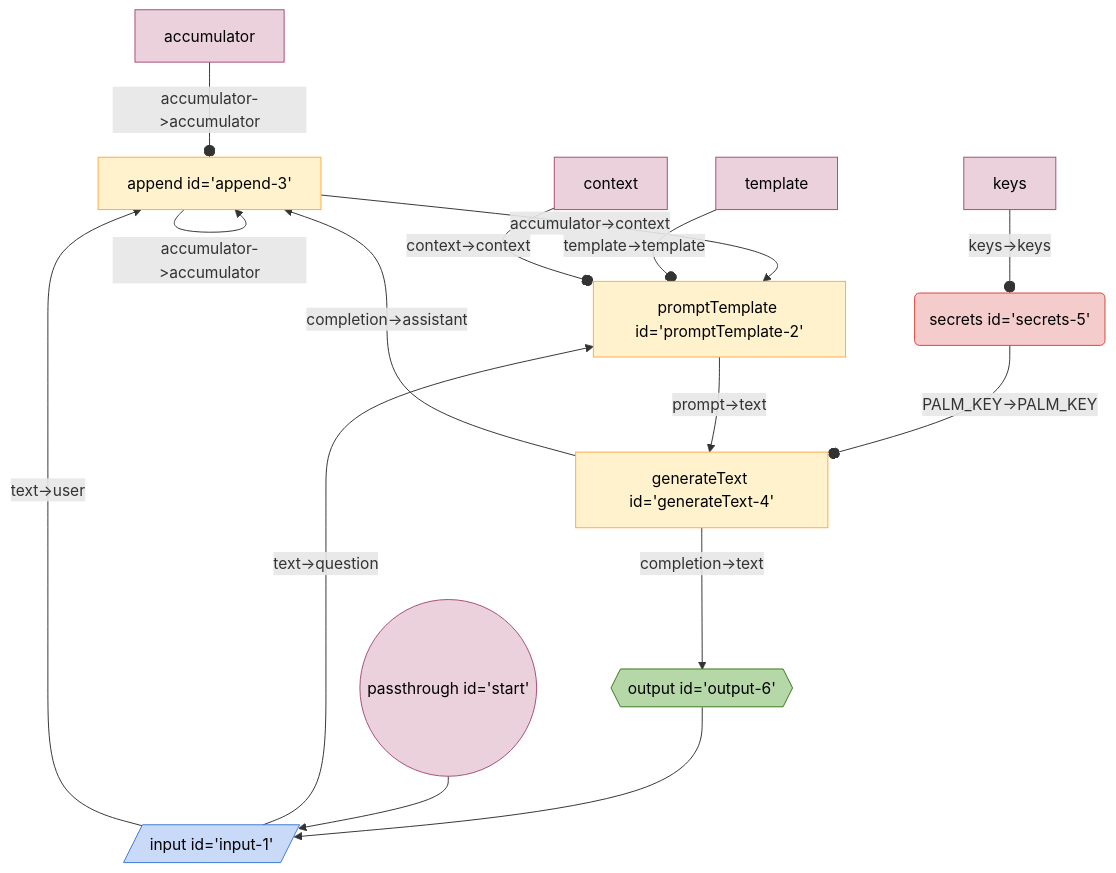
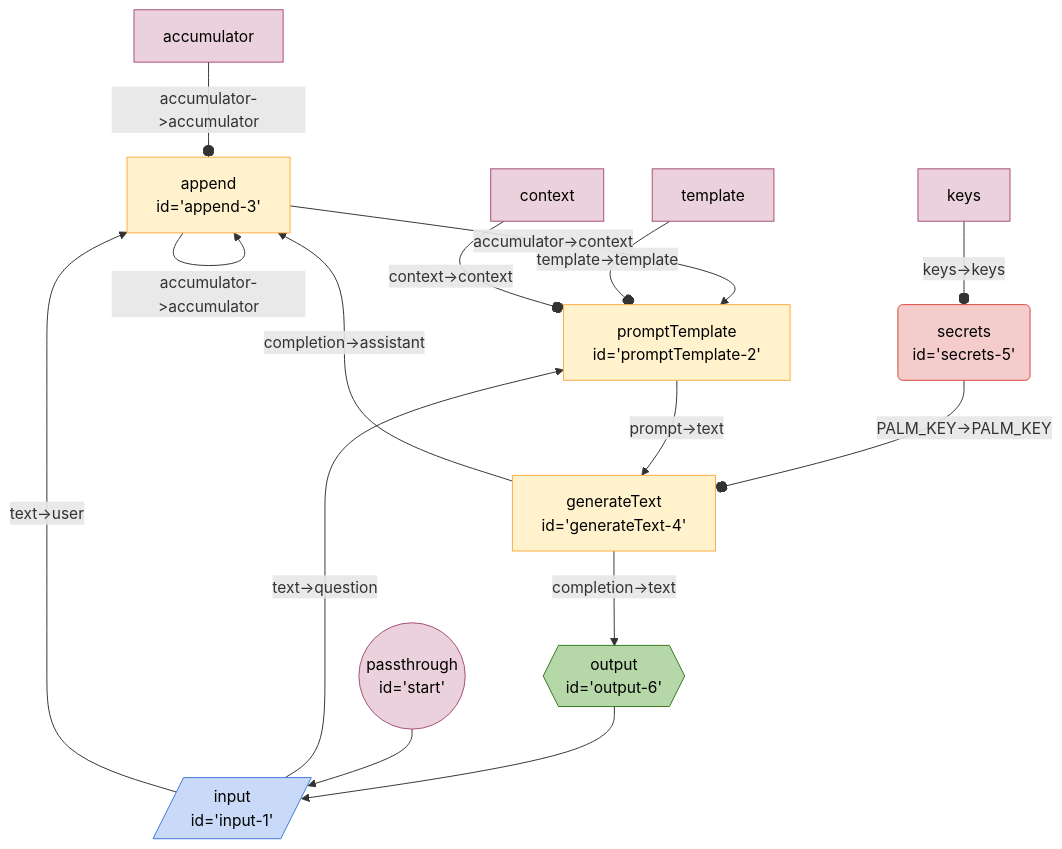
One commit to breadboard-ai/breadboard changed the diagram in seeds/graph-playground/docs/graphs/accumulating-context.md. Above: the diagram before and after it, drawn with Mermaid. The commit also changed 16 other files, not shown here.

First line of the commit message:
add line break back to mermaid diagrams

````diff
--- a/seeds/graph-playground/docs/graphs/accumulating-context.md
+++ b/seeds/graph-playground/docs/graphs/accumulating-context.md
@@ -5,26 +5,26 @@
   ```mermaid
   %%{init: 'themeVariables': { 'fontFamily': 'Fira Code, monospace' }}%%
 graph TD;
-append3["append id='append-3'"] -- "accumulator->accumulator" --> append3["append id='append-3'"]
-secrets5("secrets id='secrets-5'"):::secrets -- "PALM_KEY->PALM_KEY" --o generateText4["generateText id='generateText-4'"]
-append3["append id='append-3'"] -- "accumulator->context" --> promptTemplate2["promptTemplate id='promptTemplate-2'"]
-generateText4["generateText id='generateText-4'"] -- "completion->assistant" --> append3["append id='append-3'"]
-output6{{"output id='output-6'"}}:::output --> input1[/"input id='input-1'"/]:::input
-generateText4["generateText id='generateText-4'"] -- "completion->text" --> output6{{"output id='output-6'"}}:::output
-promptTemplate2["promptTemplate id='promptTemplate-2'"] -- "prompt->text" --> generateText4["generateText id='generateText-4'"]
-input1[/"input id='input-1'"/]:::input -- "text->question" --> promptTemplate2["promptTemplate id='promptTemplate-2'"]
-input1[/"input id='input-1'"/]:::input -- "text->user" --> append3["append id='append-3'"]
-start(("passthrough id='start'")):::passthrough --> input1[/"input id='input-1'"/]:::input
+append3["append <br> id='append-3'"] -- "accumulator->accumulator" --> append3["append <br> id='append-3'"]
+secrets5("secrets <br> id='secrets-5'"):::secrets -- "PALM_KEY->PALM_KEY" --o generateText4["generateText <br> id='generateText-4'"]
+append3["append <br> id='append-3'"] -- "accumulator->context" --> promptTemplate2["promptTemplate <br> id='promptTemplate-2'"]
+generateText4["generateText <br> id='generateText-4'"] -- "completion->assistant" --> append3["append <br> id='append-3'"]
+output6{{"output <br> id='output-6'"}}:::output --> input1[/"input <br> id='input-1'"/]:::input
+generateText4["generateText <br> id='generateText-4'"] -- "completion->text" --> output6{{"output <br> id='output-6'"}}:::output
+promptTemplate2["promptTemplate <br> id='promptTemplate-2'"] -- "prompt->text" --> generateText4["generateText <br> id='generateText-4'"]
+input1[/"input <br> id='input-1'"/]:::input -- "text->question" --> promptTemplate2["promptTemplate <br> id='promptTemplate-2'"]
+input1[/"input <br> id='input-1'"/]:::input -- "text->user" --> append3["append <br> id='append-3'"]
+start(("passthrough <br> id='start'")):::passthrough --> input1[/"input <br> id='input-1'"/]:::input
 templatepromptTemplate2[template]:::config -- "template->template" --o promptTemplate2
 contextpromptTemplate2[context]:::config -- "context->context" --o promptTemplate2
 accumulatorappend3[accumulator]:::config -- "accumulator->accumulator" --o append3
 keyssecrets5[keys]:::config -- "keys->keys" --o secrets5
 classDef default stroke:#ffab40,fill:#fff2ccff,color:#000
 classDef input stroke:#3c78d8,fill:#c9daf8ff,color:#000
 classDef output stroke:#38761d,fill:#b6d7a8ff,color:#000
 classDef passthrough stroke:#a64d79,fill:#ead1dcff,color:#000
 classDef slot stroke:#a64d79,fill:#ead1dcff,color:#000
 classDef config stroke:#a64d79,fill:#ead1dcff,color:#000
 classDef secrets stroke:#db4437,fill:#f4cccc,color:#000
 classDef slotted stroke:#a64d79
   ```
````
